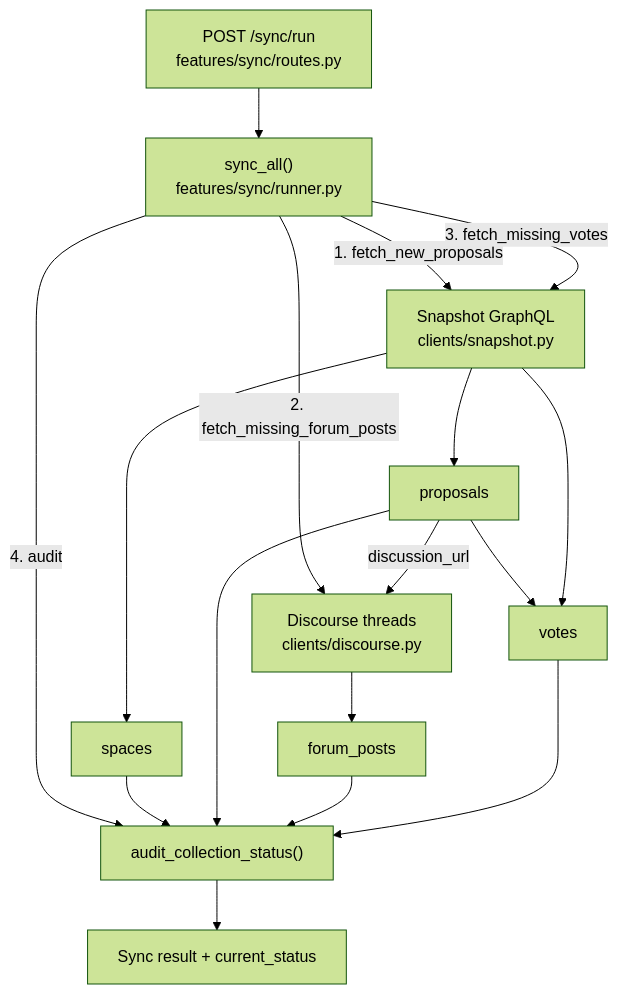
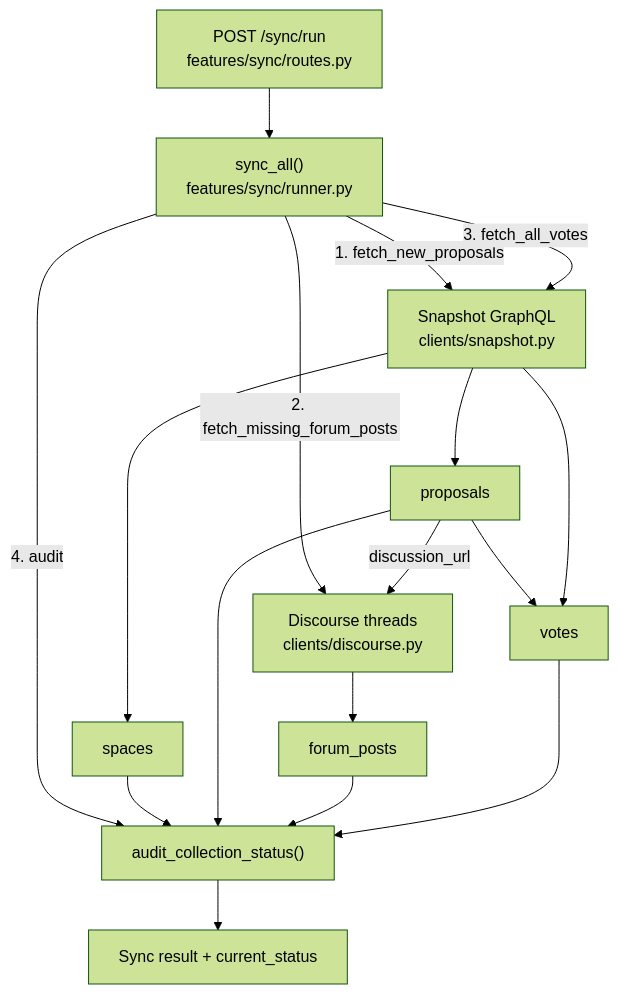
Before and after one commit to Rakshitgoyal770/DOA-BACKEND: the second of 6 diagrams in DATA_FLOW.md, drawn with Mermaid (forest theme). The commit also changed other lines of this file and 2 other files, not shown here.

````diff
--- a/DATA_FLOW.md
+++ b/DATA_FLOW.md
@@ -79,30 +79,30 @@
 ```mermaid
 flowchart TD
     Sync["POST /sync/run<br/>features/sync/routes.py"]
     Pipeline["sync_all()<br/>features/sync/runner.py"]
     Snapshot["Snapshot GraphQL<br/>clients/snapshot.py"]
     Discourse["Discourse threads<br/>clients/discourse.py"]
     Space["spaces"]
     Proposal["proposals"]
     Forum["forum_posts"]
     Vote["votes"]
     Audit["audit_collection_status()"]
     Status["Sync result + current_status"]
 
     Sync --> Pipeline
     Pipeline -->|"1. fetch_new_proposals"| Snapshot
     Snapshot --> Space
     Snapshot --> Proposal
     Pipeline -->|"2. fetch_missing_forum_posts"| Discourse
     Proposal -->|"discussion_url"| Discourse
     Discourse --> Forum
-    Pipeline -->|"3. fetch_missing_votes"| Snapshot
+    Pipeline -->|"3. fetch_all_votes"| Snapshot
     Proposal --> Vote
     Snapshot --> Vote
     Pipeline -->|"4. audit"| Audit
     Space --> Audit
     Proposal --> Audit
     Forum --> Audit
     Vote --> Audit
     Audit --> Status
 ```
````
